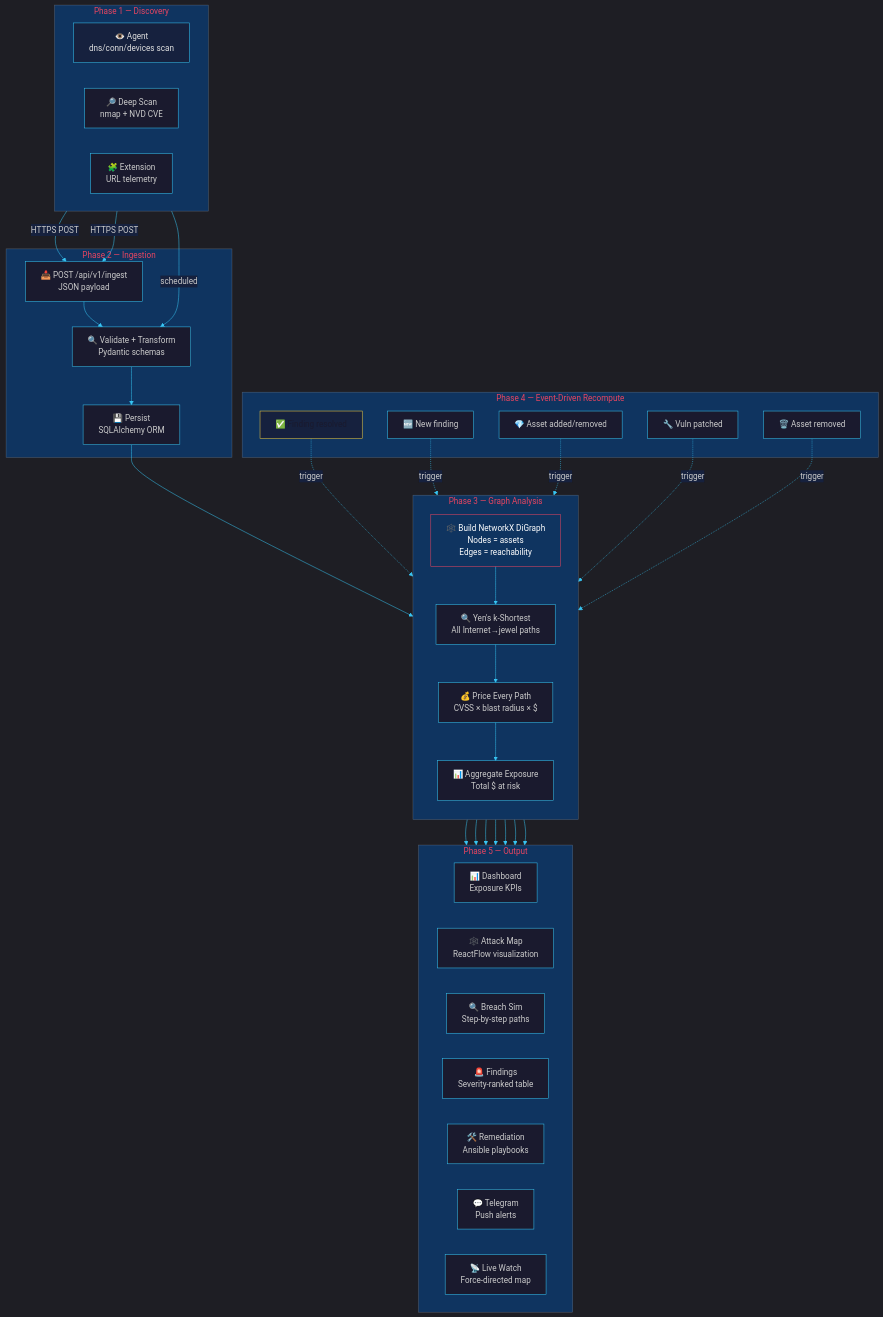
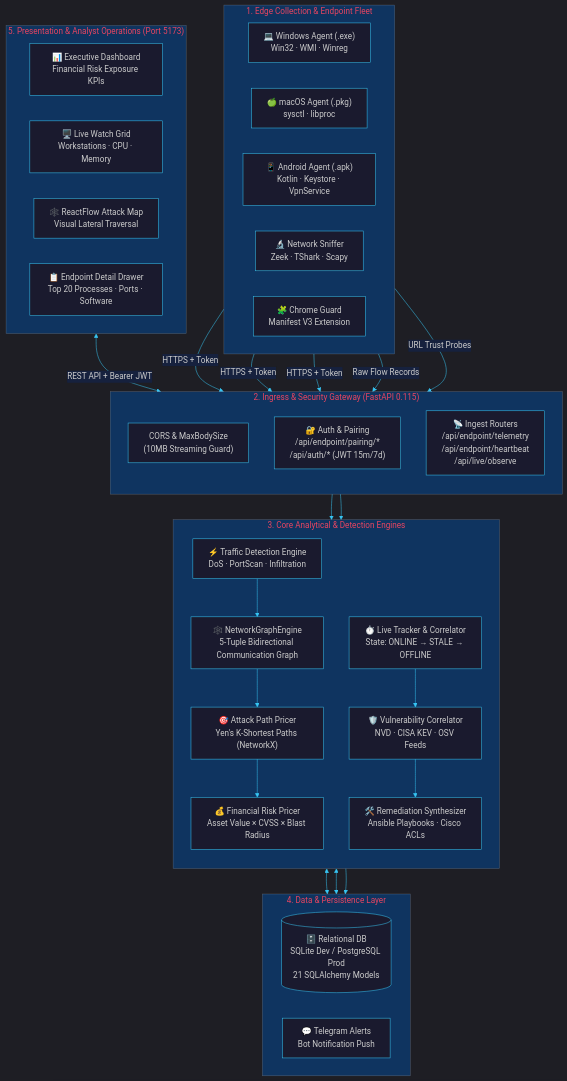
Before and after one commit to Subhadip-Paul2006/dhristi: the diagram in README.md, drawn with Mermaid. The commit also changed other lines of this file and 4 other files, not shown here.

````diff
--- a/README.md
+++ b/README.md
@@ -280,58 +135,64 @@
 ```mermaid
 %%{init: {'theme': 'dark', 'themeVariables': { 'primaryColor': '#1a1a2e', 'primaryTextColor': '#e0e0e0', 'primaryBorderColor': '#38c6f4', 'lineColor': '#38c6f4', 'secondaryColor': '#16213e', 'tertiaryColor': '#0f3460', 'background': '#0a0a1a', 'mainBkg': '#1a1a2e', 'nodeBorder': '#38c6f4', 'clusterBkg': '#0f3460', 'titleColor': '#e94560', 'edgeLabelBackground': '#16213e'}}}%%
-flowchart TD
- subgraph DISCOVERY ["Phase 1 — Discovery"]
- direction LR
- D1["👁️ Agent<br/>dns/conn/devices scan"]
- D2["🔎 Deep Scan<br/>nmap + NVD CVE"]
- D3["🧩 Extension<br/>URL telemetry"]
- end
+flowchart TB
+    subgraph EDGE_PLANE ["1. Edge Collection & Endpoint Fleet"]
+        direction LR
+        WIN_EP["💻 Windows Agent (.exe)<br/>Win32 · WMI · Winreg"]
+        MAC_EP["🍏 macOS Agent (.pkg)<br/>sysctl · libproc"]
+        AND_EP["📱 Android Agent (.apk)<br/>Kotlin · Keystore · VpnService"]
+        NET_CAP["🔬 Network Sniffer<br/>Zeek · TShark · Scapy"]
+        EXT_CHROME["🧩 Chrome Guard<br/>Manifest V3 Extension"]
+    end
 
- subgraph INGEST ["Phase 2 — Ingestion"]
- I1["📥 POST /api/v1/ingest<br/>JSON payload"]
- I2["🔍 Validate + Transform<br/>Pydantic schemas"]
- I3["💾 Persist<br/>SQLAlchemy ORM"]
- end
+    subgraph INGRESS_PLANE ["2. Ingress & Security Gateway (FastAPI 0.115)"]
+        direction TB
+        CORS["CORS & MaxBodySize<br/>(10MB Streaming Guard)"]
+        AUTH_ROUTER["🔐 Auth & Pairing<br/>/api/endpoint/pairing/*<br/>/api/auth/* (JWT 15m/7d)"]
+        INGEST_ROUTER["📡 Ingest Routers<br/>/api/endpoint/telemetry<br/>/api/endpoint/heartbeat<br/>/api/live/observe"]
+    end
 
- subgraph ANALYSIS ["Phase 3 — Graph Analysis"]
- direction TB
- A1["🕸️ Build NetworkX DiGraph<br/>Nodes = assets<br/>Edges = reachability"]
- A2["🔍 Yen's k-Shortest<br/>All Internet→jewel paths"]
- A3["💰 Price Every Path<br/>CVSS × blast radius × $"]
- A4["📊 Aggregate Exposure<br/>Total $ at risk"]
- end
+    subgraph ENGINE_PLANE ["3. Core Analytical & Detection Engines"]
+        direction TB
+        LIVE_TRACK["⏱️ Live Tracker & Correlator<br/>State: ONLINE → STALE → OFFLINE"]
+        TRAFFIC_DET["⚡ Traffic Detection Engine<br/>DoS · PortScan · Infiltration"]
+        GRAPH_ENG["🕸️ NetworkGraphEngine<br/>5-Tuple Bidirectional Communication Graph"]
+        YEN_ATK["🎯 Attack Path Pricer<br/>Yen's K-Shortest Paths (NetworkX)"]
+        RISK_PRC["💰 Financial Risk Pricer<br/>Asset Value × CVSS × Blast Radius"]
+        VULN_INTEL["🛡️ Vulnerability Correlator<br/>NVD · CISA KEV · OSV Feeds"]
+        REMED["🛠️ Remediation Synthesizer<br/>Ansible Playbooks · Cisco ACLs"]
+    end
 
- subgraph TRIGGER ["Phase 4 — Event-Driven Recompute"]
- T1["✅ Finding resolved"]
- T2["🆕 New finding"]
- T3["💎 Asset added/removed"]
- T4["🔧 Vuln patched"]
- T5["🗑️ Asset removed"]
- end
+    subgraph PERSISTENCE_PLANE ["4. Data & Persistence Layer"]
+        direction LR
+        SQL_DB[(🗄️ Relational DB<br/>SQLite Dev / PostgreSQL Prod<br/>21 SQLAlchemy Models)]
+        TELEGRAM["💬 Telegram Alerts<br/>Bot Notification Push"]
+    end
 
- subgraph OUTPUT ["Phase 5 — Output"]
- direction LR
- O1["📊 Dashboard<br/>Exposure KPIs"]
- O2["🕸️ Attack Map<br/>ReactFlow visualization"]
- O3["🔍 Breach Sim<br/>Step-by-step paths"]
- O4["🚨 Findings<br/>Severity-ranked table"]
- O5["🛠️ Remediation<br/>Ansible playbooks"]
- O6["💬 Telegram<br/>Push alerts"]
- O7["📡 Live Watch<br/>Force-directed map"]
- end
+    subgraph SOC_PLANE ["5. Presentation & Analyst Operations (Port 5173)"]
+        direction LR
+        UI_DASH["📊 Executive Dashboard<br/>Financial Risk Exposure KPIs"]
+        UI_GRID["🖥️ Live Watch Grid<br/>Workstations · CPU · Memory"]
+        UI_GRAPH["🕸️ ReactFlow Attack Map<br/>Visual Lateral Traversal"]
+        UI_DRAWER["📋 Endpoint Detail Drawer<br/>Top 20 Processes · Ports · Software"]
+    end
 
- D1 -->|HTTPS POST| I1
- D2 -->|scheduled| I2
- D3 -->|HTTPS POST| I1
+    WIN_EP -->|HTTPS + Token| INGEST_ROUTER
+    MAC_EP -->|HTTPS + Token| INGEST_ROUTER
+    AND_EP -->|HTTPS + Token| INGEST_ROUTER
+    NET_CAP -->|Raw Flow Records| INGEST_ROUTER
+    EXT_CHROME -->|URL Trust Probes| INGEST_ROUTER
 
- I1 --> I2 --> I3
- I3 --> A1 --> A2 --> A3 --> A4
+    INGEST_ROUTER --> LIVE_TRACK
+    INGEST_ROUTER --> TRAFFIC_DET
+    TRAFFIC_DET --> GRAPH_ENG
+    GRAPH_ENG --> YEN_ATK
+    YEN_ATK --> RISK_PRC
+    LIVE_TRACK --> VULN_INTEL
+    VULN_INTEL --> REMED
 
- T1 & T2 & T3 & T4 & T5 -.->|trigger| A1
+    LIVE_TRACK <--> SQL_DB
+    RISK_PRC <--> SQL_DB
+    VULN_INTEL --> TELEGRAM
 
- A4 --> O1 & O2 & O3 & O4 & O5 & O6 & O7
-
- style D1 fill:#16213e,stroke:#38c6f4,color:#e0e0e0
- style A1 fill:#0f3460,stroke:#e94560,color:#fff
- style T1 fill:#16213e,stroke:#f4d03f,color:#1a1a2e
+    SOC_PLANE <-->|REST API + Bearer JWT| INGRESS_PLANE
 ```
````
